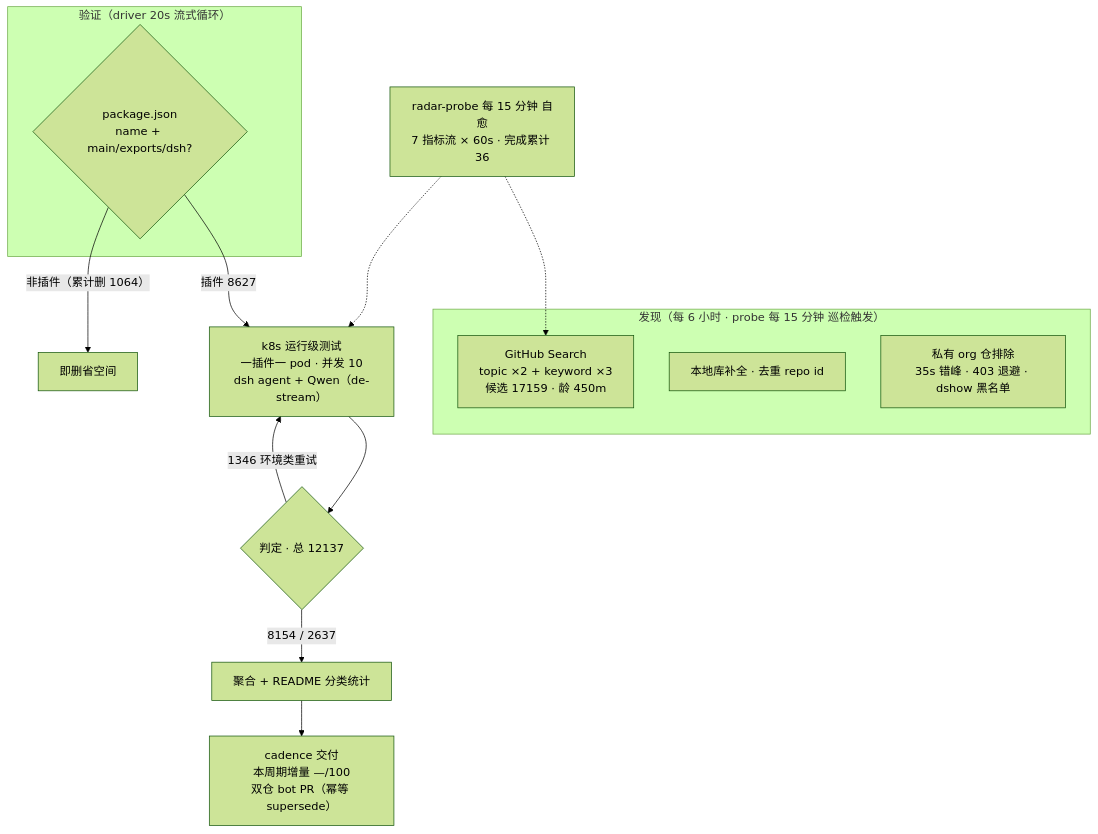
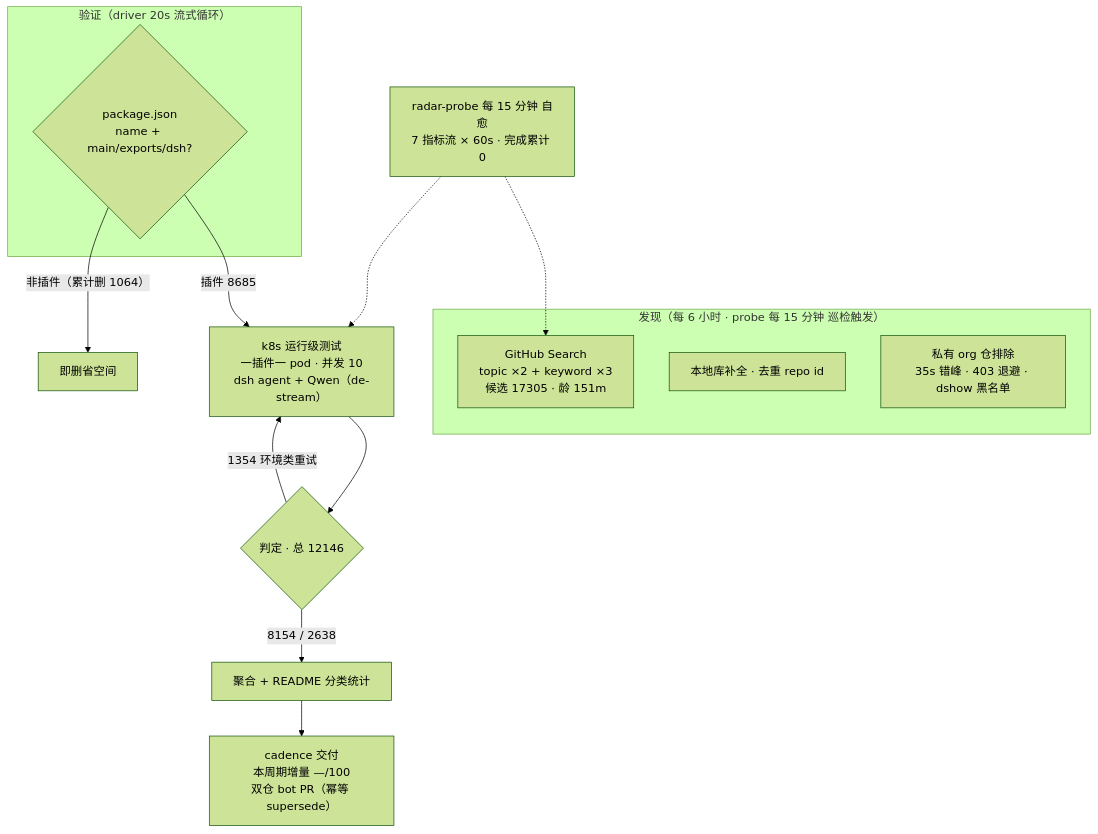
One commit to Zhidao-Lab-OSS/awesome-dsh-plugins changed the diagram in README.md. Above: the diagram before and after it, drawn with Mermaid (forest theme). The commit also changed other lines of this file and 1 other file, not shown here.

````diff
--- a/README.md
+++ b/README.md
@@ -52,20 +52,20 @@
 ```mermaid
 flowchart TB
     subgraph Discovery["发现（每 6 小时 · probe 每 15 分钟 巡检触发）"]
-        A1["GitHub Search<br/>topic ×2 + keyword ×3<br/>候选 17159 · 龄 450m"]
+        A1["GitHub Search<br/>topic ×2 + keyword ×3<br/>候选 17305 · 龄 151m"]
         A2["本地库补全 · 去重 repo id"]
         A3["私有 org 仓排除<br/>35s 错峰 · 403 退避 · dshow 黑名单"]
     end
     subgraph Validation["验证（driver 20s 流式循环）"]
         B1{"package.json<br/>name + main/exports/dsh?"}
     end
-    B1 -->|"插件 8627"| C1["k8s 运行级测试<br/>一插件一 pod · 并发 10<br/>dsh agent + Qwen（de-stream）"]
+    B1 -->|"插件 8685"| C1["k8s 运行级测试<br/>一插件一 pod · 并发 10<br/>dsh agent + Qwen（de-stream）"]
     B1 -->|"非插件（累计删 1064）"| B3["即删省空间"]
-    C1 --> D1{"判定 · 总 12137"}
-    D1 -->|"8154 / 2637"| E1["聚合 + README 分类统计"]
-    D1 -->|"1346 环境类重试"| C1
+    C1 --> D1{"判定 · 总 12146"}
+    D1 -->|"8154 / 2638"| E1["聚合 + README 分类统计"]
+    D1 -->|"1354 环境类重试"| C1
     E1 --> E2["cadence 交付<br/>本周期增量 —/100<br/>双仓 bot PR（幂等 supersede）"]
-    M["radar-probe 每 15 分钟 自愈<br/>7 指标流 × 60s · 完成累计 36"]
+    M["radar-probe 每 15 分钟 自愈<br/>7 指标流 × 60s · 完成累计 0"]
     M -.-> A1
     M -.-> C1
 ```
````
